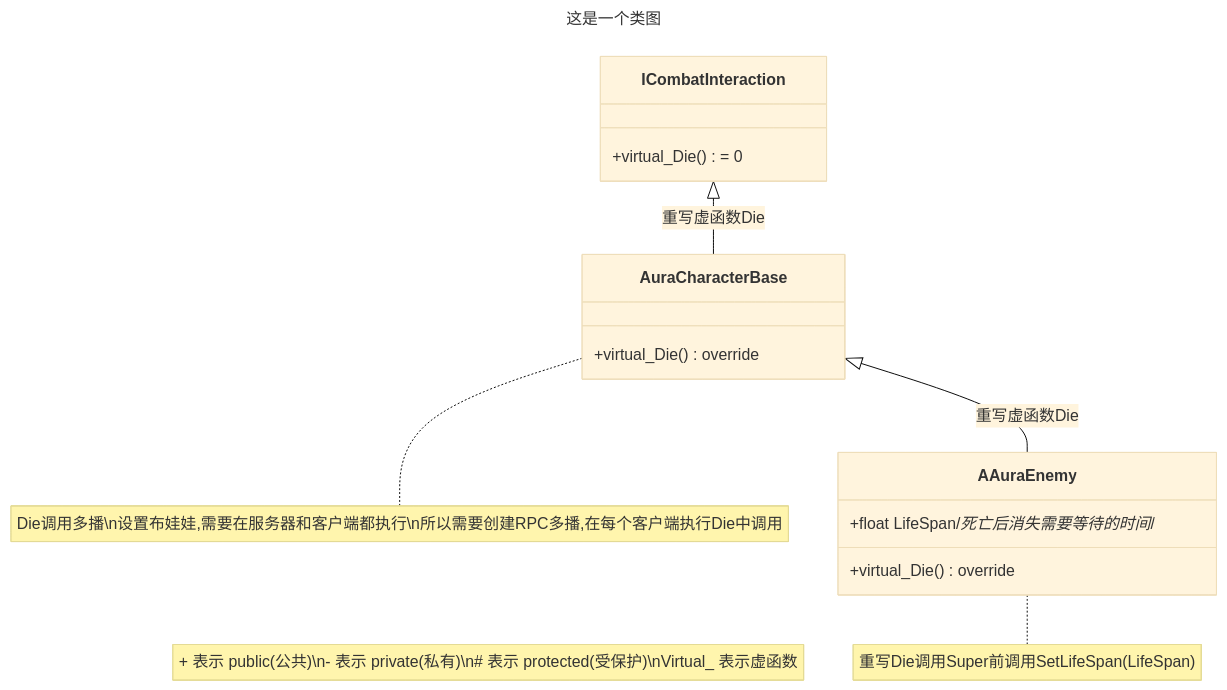
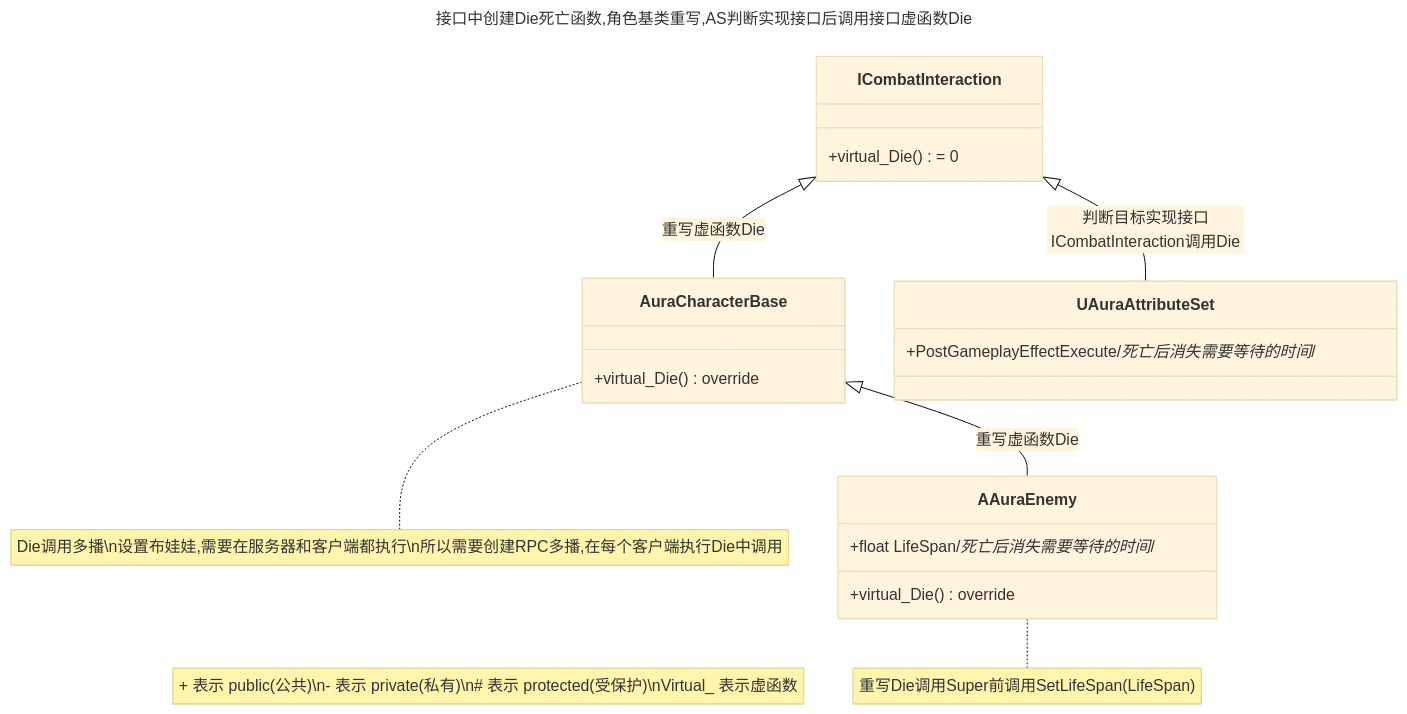
The first of 2 diagrams in UECPP/Models/GAS/GAS_2_Aura/DetailContent/GAS_058.md (liyunlong618/LiYunLongKnowledgeLibrary), drawn with Mermaid (base theme) before and after one commit.

````diff
--- a/UECPP/Models/GAS/GAS_2_Aura/DetailContent/GAS_058.md
+++ b/UECPP/Models/GAS/GAS_2_Aura/DetailContent/GAS_058.md
@@ -49,25 +49,30 @@
 ```mermaid
 ---
-title: 这是一个类图
+title: 接口中创建Die死亡函数,角色基类重写,AS判断实现接口后调用接口虚函数Die
 ---
 classDiagram
 direction BT
 
 	note"+ 表示 public(公共)\n- 表示 private(私有)\n# 表示 protected(受保护)\nVirtual_ 表示虚函数"
     
     class ICombatInteraction{
         +virtual_Die() = 0
         }
     class AuraCharacterBase{
         +virtual_Die()override
         }
 
     class AAuraEnemy{
         +float LifeSpan/*死亡后消失需要等待的时间*/
         +virtual_Die()override
         }
+    class UAuraAttributeSet{
+        +PostGameplayEffectExecute/*死亡后消失需要等待的时间*/
+        }
+        
        AuraCharacterBase --|>ICombatInteraction:重写虚函数Die
+        UAuraAttributeSet --|>ICombatInteraction:判断目标实现接口ICombatInteraction调用Die
        AAuraEnemy --|>AuraCharacterBase:重写虚函数Die
         note for AuraCharacterBase "Die调用多播\n设置布娃娃,需要在服务器和客户端都执行\n所以需要创建RPC多播,在每个客户端执行Die中调用"
         note for AAuraEnemy "重写Die调用Super前调用SetLifeSpan(LifeSpan)"
 ```
````
